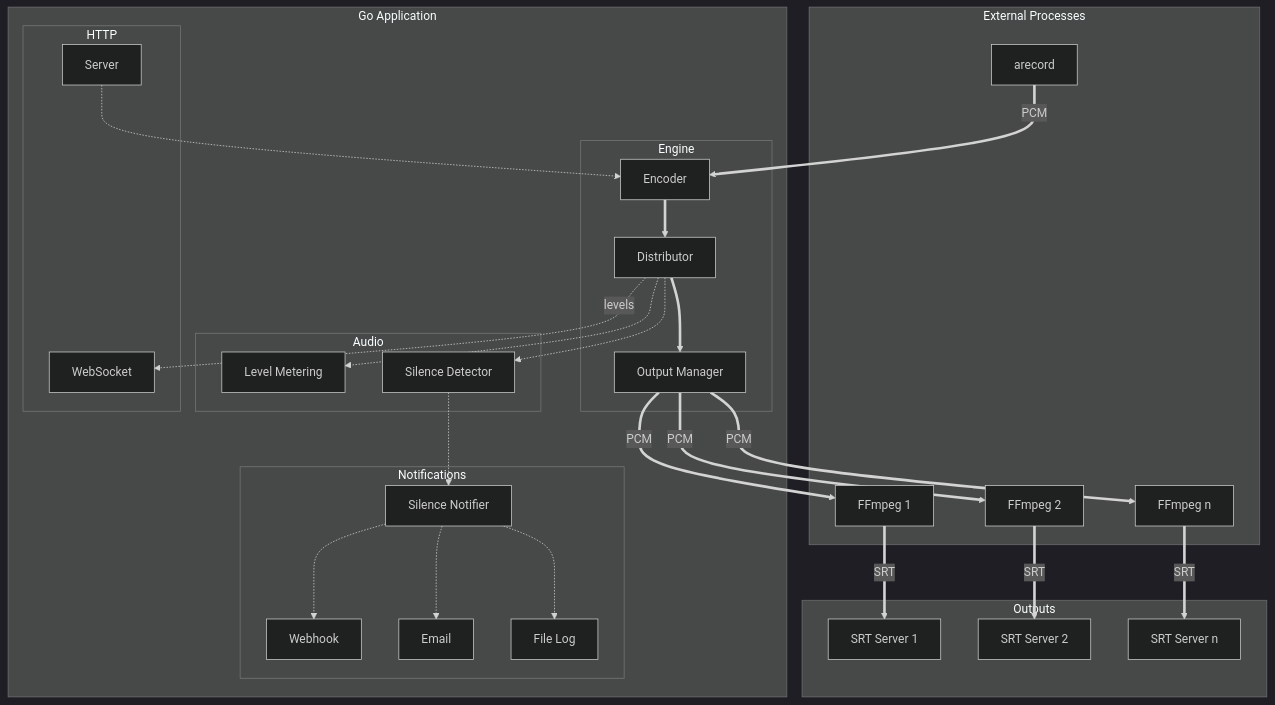
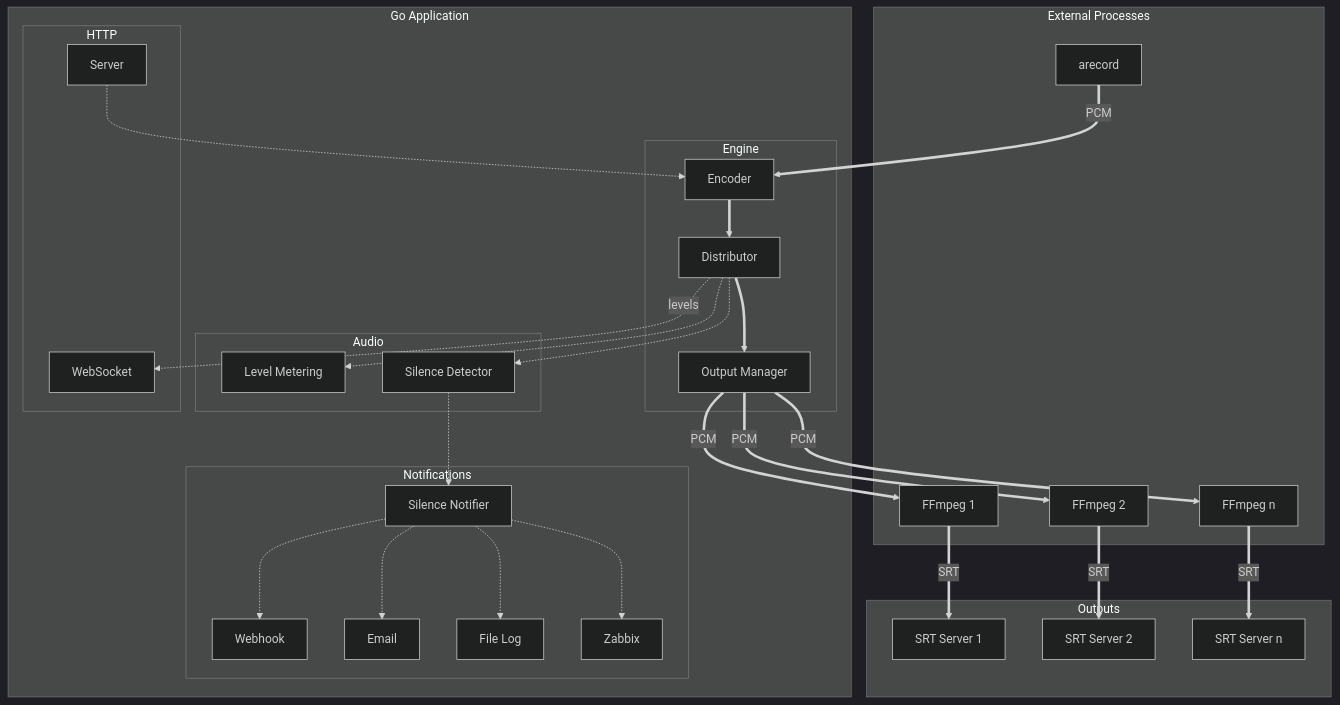
One commit to PeWe79/rpi-audio-encoder changed the second of 2 diagrams in README.md. Above: the diagram before and after it, drawn with Mermaid (dark theme). The commit also changed other lines of this file and 13 other files, not shown here.

Commit message:
feat: add Zabbix notifier support (#104)

````diff
--- a/README.md
+++ b/README.md
@@ -315,59 +360,61 @@
 ```mermaid
 graph TB
     subgraph External Processes
         ARECORD[arecord]
         FFM1[FFmpeg 1]
         FFM2[FFmpeg 2]
         FFM3[FFmpeg n]
     end
 
     subgraph Go Application
         subgraph Engine
             ENCODER[Encoder]
             DIST[Distributor]
             OUTMGR[Output Manager]
         end
 
         subgraph Audio
             METER[Level Metering]
             SILENCE[Silence Detector]
         end
 
         subgraph Notifications
             NOTIFIER[Silence Notifier]
             WEBHOOK[Webhook]
             EMAIL[Email]
             FLOG[File Log]
+            ZABBIX[Zabbix]
         end
 
         subgraph HTTP
             SERVER[Server]
             WS[WebSocket]
         end
     end
 
     subgraph Outputs
         SRT1[SRT Server 1]
         SRT2[SRT Server 2]
         SRT3[SRT Server n]
     end
 
     ARECORD ==>|PCM| ENCODER
     ENCODER ==> DIST
     DIST ==> OUTMGR
     OUTMGR ==>|PCM| FFM1
     OUTMGR ==>|PCM| FFM2
     OUTMGR ==>|PCM| FFM3
     FFM1 ==>|SRT| SRT1
     FFM2 ==>|SRT| SRT2
     FFM3 ==>|SRT| SRT3
 
     DIST -.-> METER
     DIST -.-> SILENCE
     DIST -.->|levels| WS
     SILENCE -.-> NOTIFIER
     NOTIFIER -.-> WEBHOOK
     NOTIFIER -.-> EMAIL
     NOTIFIER -.-> FLOG
+    NOTIFIER -.-> ZABBIX
     SERVER -.-> ENCODER
 ```
````
